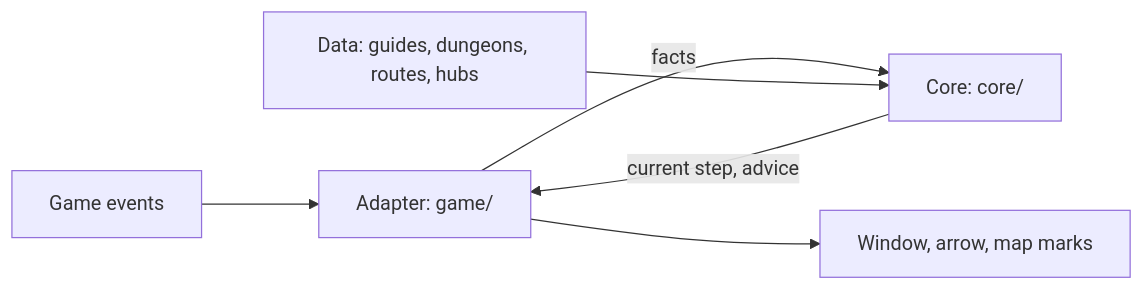
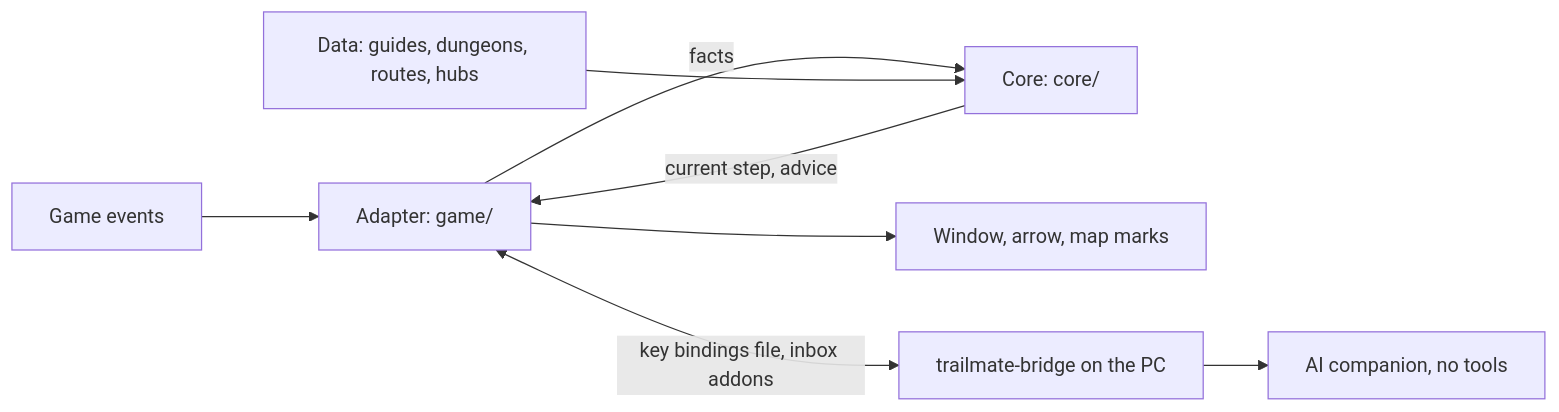
One commit to zxxdev/TrailMate changed the diagram in README.md. Above: the diagram before and after it, drawn with Mermaid. The commit also changed other lines of this file and 26 other files, not shown here.

First line of the commit message:
feat: talk to your AI companion from the game, through trailmate-bridge

````diff
--- a/README.md
+++ b/README.md
@@ -76,8 +92,10 @@
 ```mermaid
 flowchart LR
   E[Game events] --> A[Adapter: game/]
   A -->|facts| C[Core: core/]
   D[Data: guides, dungeons, routes, hubs] --> C
   C -->|current step, advice| A
   A --> U[Window, arrow, map marks]
+  A <-->|key bindings file, inbox addons| B[trailmate-bridge on the PC]
+  B --> M[AI companion, no tools]
 ```
````
